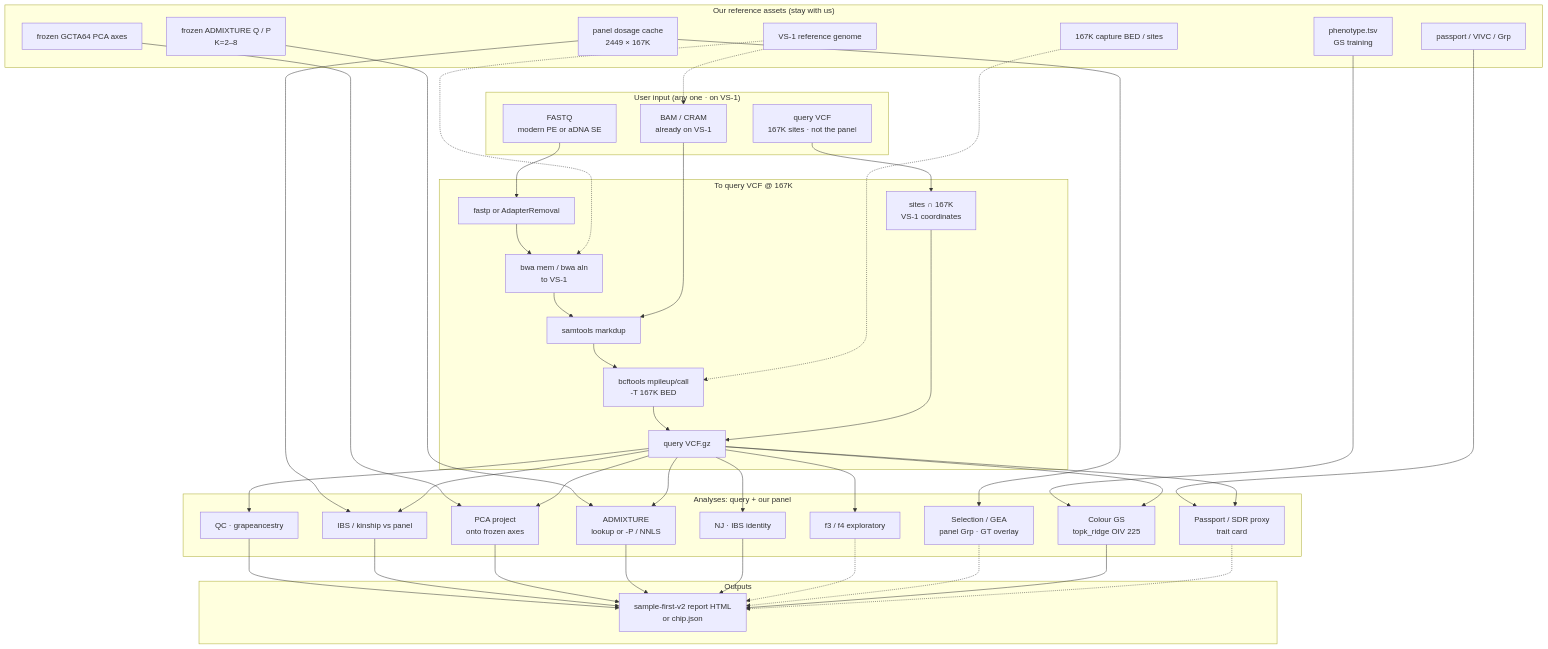
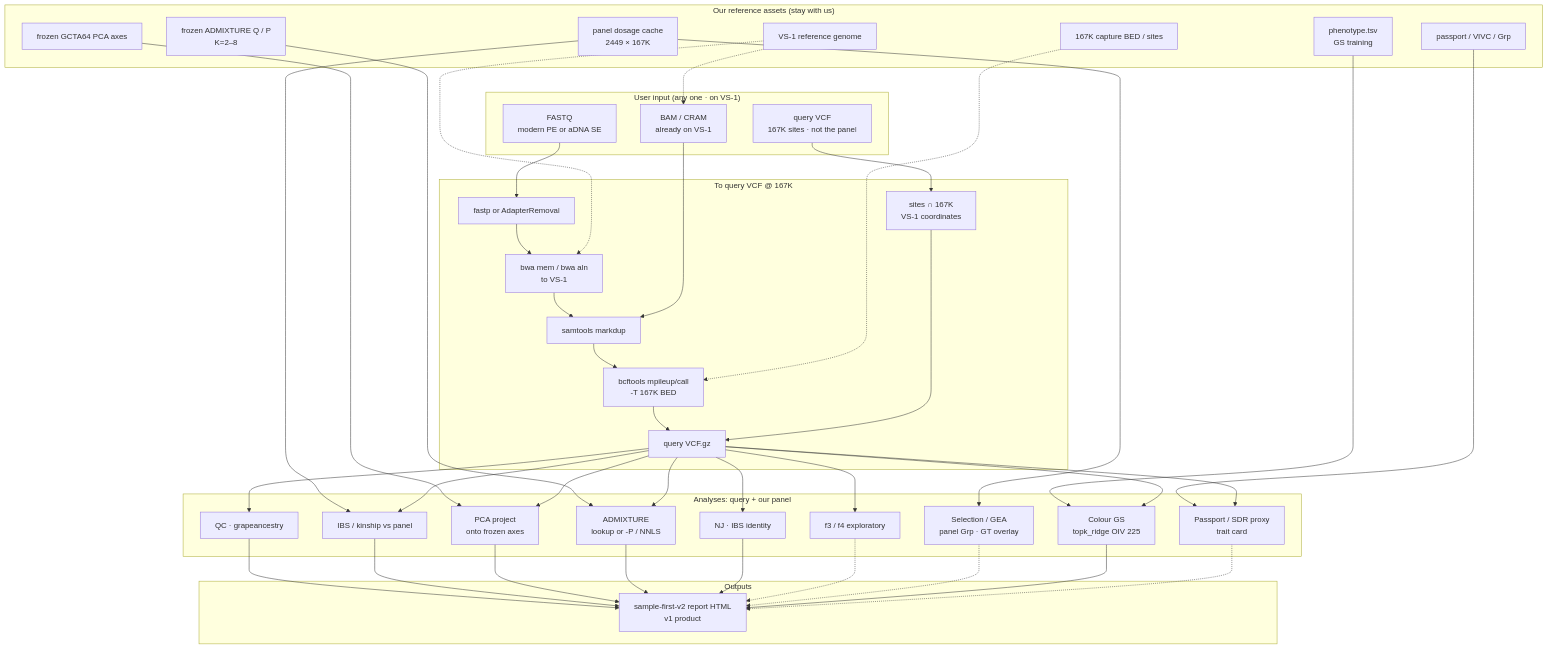
The diagram in docs/FLOWCHART.md (Xuzhen-Li/grapeancestry), drawn with Mermaid before and after one commit. The commit also changed other lines of this file and 15 other files, not shown here.

````diff
--- a/docs/FLOWCHART.md
+++ b/docs/FLOWCHART.md
@@ -9,61 +9,61 @@
 ```mermaid
 flowchart TB
   subgraph IN["User input (any one · on VS-1)"]
     FQ[FASTQ\nmodern PE or aDNA SE]
     BAM[BAM / CRAM\nalready on VS-1]
     UVCF[query VCF\n167K sites · not the panel]
   end
 
   subgraph OURS["Our reference assets (stay with us)"]
     VS1[VS-1 reference genome]
     BED[167K capture BED / sites]
     DOSE[panel dosage cache\n2449 × 167K]
     PCAX[frozen GCTA64 PCA axes]
     ADMIX[frozen ADMIXTURE Q / P\nK=2–8]
     PASS[passport / VIVC / Grp]
     PHENO[phenotype.tsv\nGS training]
   end
 
   subgraph SW1["To query VCF @ 167K"]
     FQ --> TRIM[fastp or AdapterRemoval]
     TRIM --> MAP[bwa mem / bwa aln\nto VS-1]
     VS1 -.-> MAP
     MAP --> DUP[samtools markdup]
     BAM --> DUP
     VS1 -.-> BAM
     DUP --> CALL["bcftools mpileup/call\n-T 167K BED"]
     BED -.-> CALL
     CALL --> QVCF[query VCF.gz]
     UVCF --> CHECK[sites ∩ 167K\nVS-1 coordinates]
     CHECK --> QVCF
   end
 
   subgraph SW2["Analyses: query + our panel"]
     QVCF --> QC[QC · grapeancestry]
     DOSE --> IBS[IBS / kinship vs panel]
     QVCF --> IBS
     PCAX --> PROJ[PCA project\nonto frozen axes]
     QVCF --> PROJ
     ADMIX --> ADM[ADMIXTURE\nlookup or -P / NNLS]
     QVCF --> ADM
     QVCF --> NJ[NJ · IBS identity]
     QVCF --> F34[f3 / f4 exploratory]
     DOSE --> SEL[Selection / GEA\npanel Grp · GT overlay]
     PHENO --> GS[Colour GS\ntopk_ridge OIV 225]
     QVCF --> GS
     PASS --> CARD[Passport / SDR proxy\ntrait card]
     QVCF --> CARD
   end
 
   subgraph OUT["Outputs"]
-    QC --> REP[sample-first-v2 report HTML\nor chip.json]
+    QC --> REP[sample-first-v2 report HTML\nv1 product]
     IBS --> REP
     PROJ --> REP
     ADM --> REP
     NJ --> REP
     F34 -.-> REP
     SEL -.-> REP
     GS --> REP
     CARD -.-> REP
   end
 ```
````
